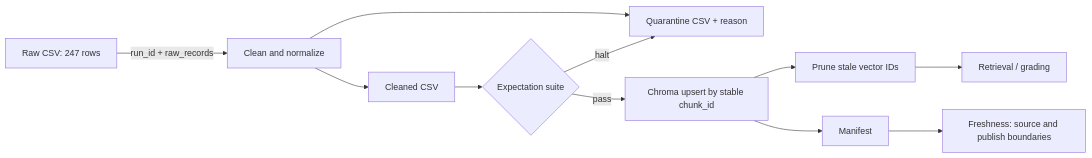
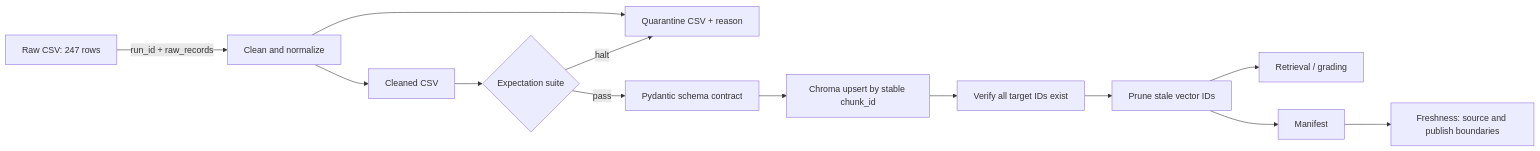
Before and after one commit to Khoatranvipaz1/Lecture-Day-08-09-10: the diagram in day10/lab/docs/pipeline_architecture.md, drawn with Mermaid. The commit also changed other lines of this file and 22 other files, not shown here.

````diff
--- a/day10/lab/docs/pipeline_architecture.md
+++ b/day10/lab/docs/pipeline_architecture.md
@@ -10,13 +10,15 @@
 ```mermaid
 flowchart LR
     A[Raw CSV: 247 rows] -->|run_id + raw_records| B[Clean and normalize]
     B --> C[Cleaned CSV]
     B --> Q[Quarantine CSV + reason]
     C --> D{Expectation suite}
     D -->|halt| Q
-    D -->|pass| E[Chroma upsert by stable chunk_id]
-    E --> F[Prune stale vector IDs]
-    F --> G[Retrieval / grading]
-    E --> M[Manifest]
+    D -->|pass| E[Pydantic schema contract]
+    E --> F[Chroma upsert by stable chunk_id]
+    F --> V[Verify all target IDs exist]
+    V --> P[Prune stale vector IDs]
+    P --> G[Retrieval / grading]
+    P --> M[Manifest]
     M --> H[Freshness: source and publish boundaries]
 ```
````
